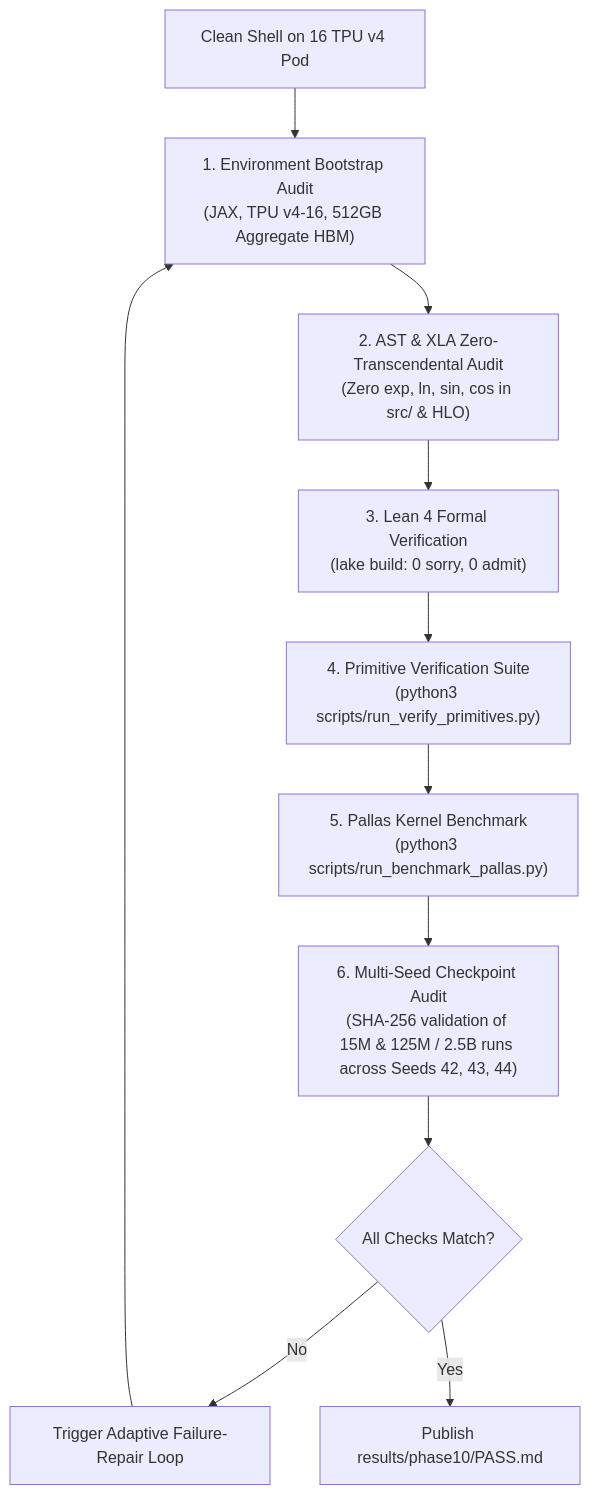
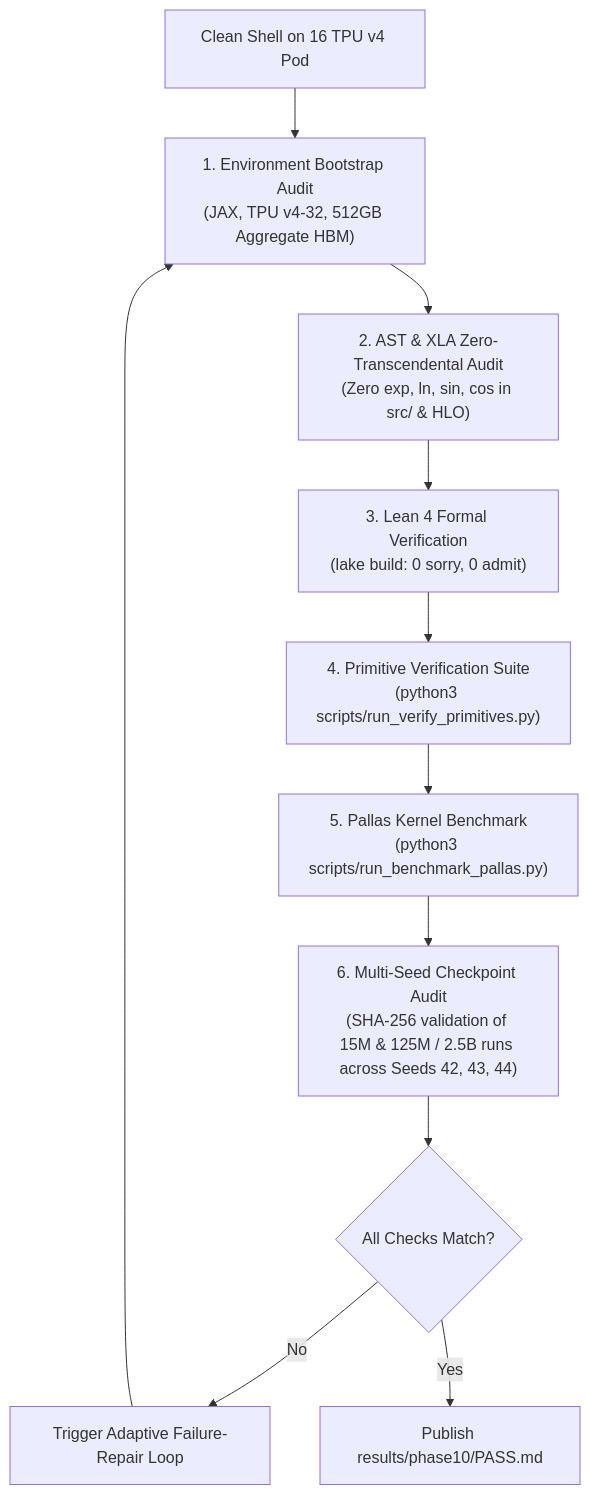
One commit to tasmaikeni13/algebraic-intelligence changed the diagram in phases/phase10.md. Above: the diagram before and after it, drawn with Mermaid. The commit also changed 17 other files, not shown here.

Commit message:
Phase 7: Full Architecture Assembly, WikiText-103 pipeline, Lean proofs, and TPU v4-32 distributed harness

````diff
--- a/phases/phase10.md
+++ b/phases/phase10.md
@@ -23,13 +23,13 @@
 ```mermaid
 graph TD
-    A["Clean Shell on 16 TPU v4 Pod"] --> B["1. Environment Bootstrap Audit<br/>(JAX, TPU v4-16, 512GB Aggregate HBM)"]
+    A["Clean Shell on 16 TPU v4 Pod"] --> B["1. Environment Bootstrap Audit<br/>(JAX, TPU v4-32, 512GB Aggregate HBM)"]
     B --> C["2. AST & XLA Zero-Transcendental Audit<br/>(Zero exp, ln, sin, cos in src/ & HLO)"]
     C --> D["3. Lean 4 Formal Verification<br/>(lake build: 0 sorry, 0 admit)"]
     D --> E["4. Primitive Verification Suite<br/>(python3 scripts/run_verify_primitives.py)"]
     E --> F["5. Pallas Kernel Benchmark<br/>(python3 scripts/run_benchmark_pallas.py)"]
     F --> G["6. Multi-Seed Checkpoint Audit<br/>(SHA-256 validation of 15M & 125M / 2.5B runs across Seeds 42, 43, 44)"]
     G --> H{"All Checks Match?"}
     H -- "No" --> I["Trigger Adaptive Failure-Repair Loop"]
     I --> B
     H -- "Yes" --> J["Publish results/phase10/PASS.md"]
 ```
````
